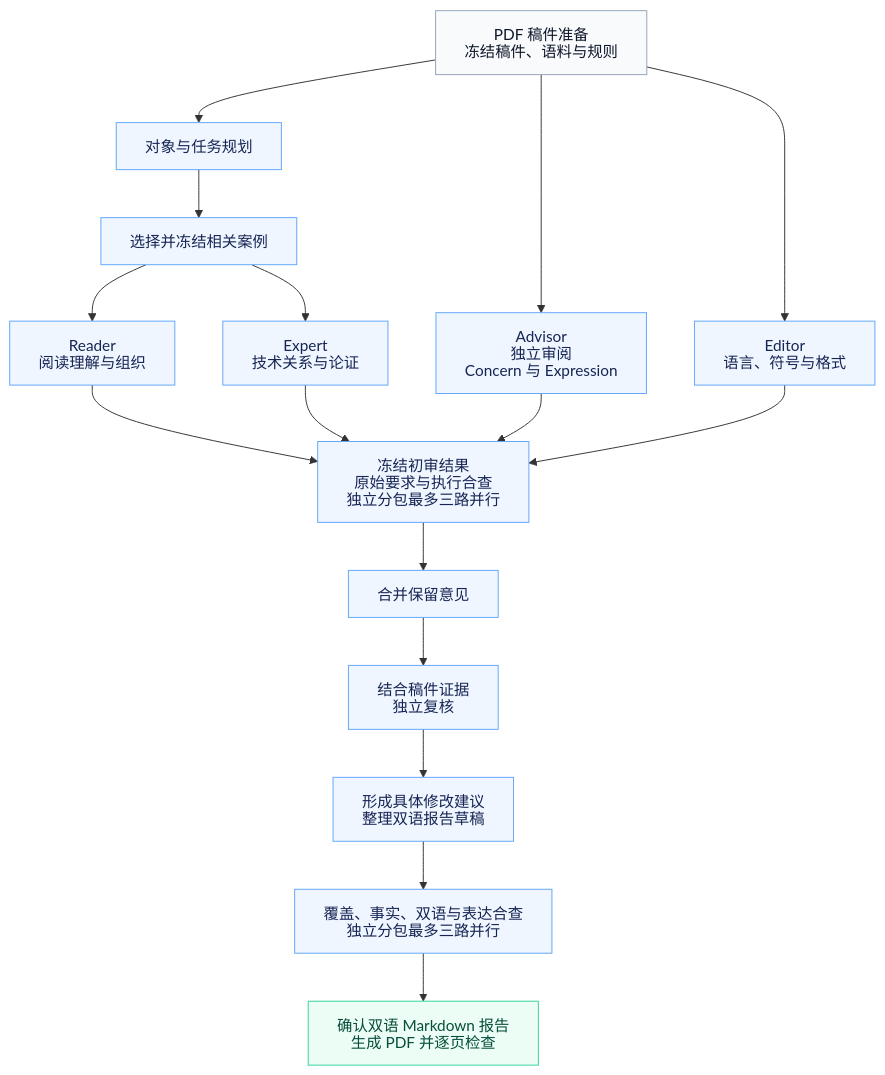
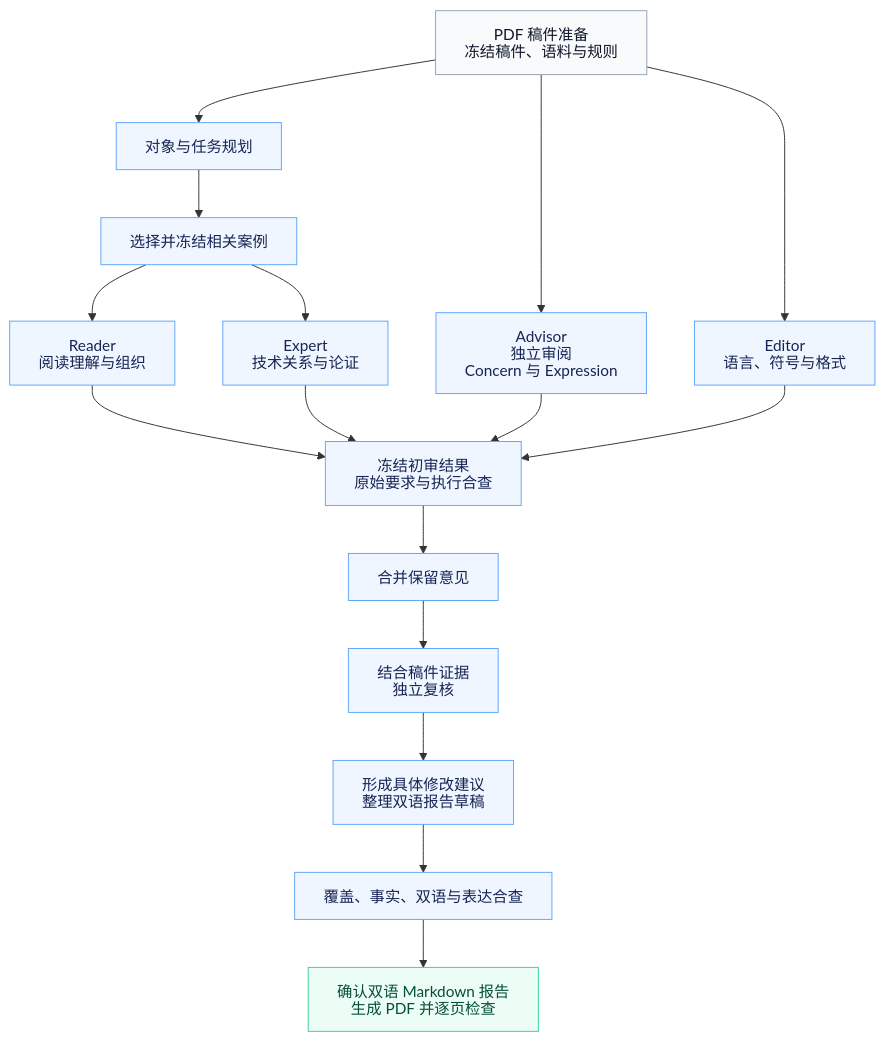
The diagram in README.zh-CN.md (stevenyyzhang/MentorTrace), drawn with Mermaid before and after one commit. The commit also changed 1 other file, not shown here.

Commit message:
Simplify bilingual README flowcharts

````diff
--- a/README.zh-CN.md
+++ b/README.zh-CN.md
@@ -63,41 +63,41 @@
 ```mermaid
 ---
 config:
   htmlLabels: false
   flowchart:
     htmlLabels: false
     wrappingWidth: 220
 ---
 flowchart TB
     F["PDF 稿件准备<br/>冻结稿件、语料与规则"]
     O["对象与任务规划"]
     C["选择并冻结相关案例"]
     R["Reader<br/>阅读理解与组织"]
     T["Expert<br/>技术关系与论证"]
     A["Advisor<br/>独立审阅<br/>Concern 与 Expression"]
     L["Editor<br/>语言、符号与格式"]
     M["合并保留意见"]
     V["结合稿件证据<br/>独立复核"]
-    Q["冻结初审结果<br/>原始要求与执行合查<br/>独立分包最多三路并行"]
+    Q["冻结初审结果<br/>原始要求与执行合查"]
     D["形成具体修改建议<br/>整理双语报告草稿"]
-    B["覆盖、事实、双语与表达合查<br/>独立分包最多三路并行"]
+    B["覆盖、事实、双语与表达合查"]
     OUT["确认双语 Markdown 报告<br/>生成 PDF 并逐页检查"]
 
     F --> O --> C
     C --> R
     C --> T
     F ----> A
     F ----> L
     R --> Q
     T --> Q
     A --> Q
     L --> Q
     Q --> M --> V --> D --> B --> OUT
 
     classDef input fill:#f8fafc,stroke:#94a3b8,color:#0f172a;
     classDef review fill:#eff6ff,stroke:#60a5fa,color:#172554;
     classDef output fill:#ecfdf5,stroke:#34d399,color:#064e3b;
     class F input;
     class O,C,R,T,A,L,M,V,Q,D,B review;
     class OUT output;
 ```
````
